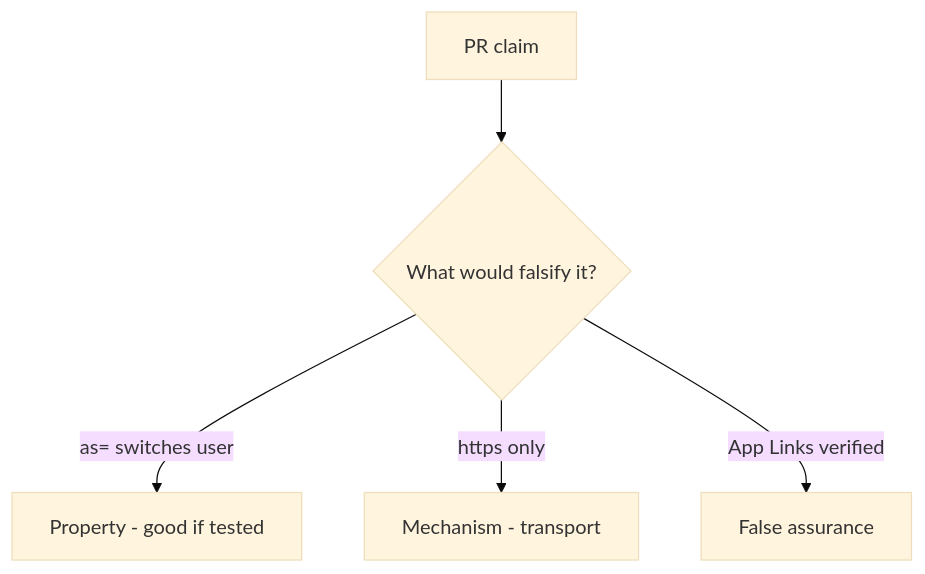
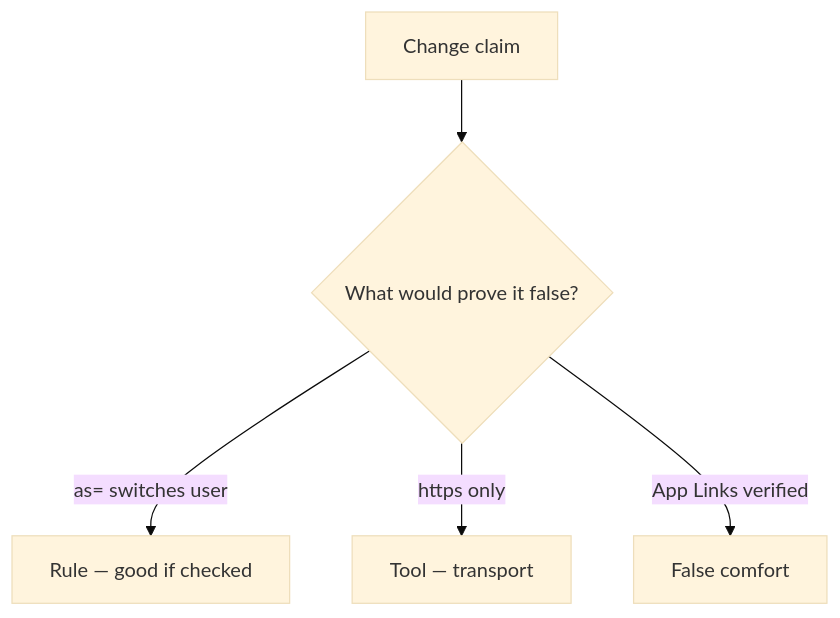
One commit to ishitvagoel/LearnSecurity changed the diagram in content/modules/8/8.3/lessons/08-review.md. Above: the diagram before and after it, drawn with Mermaid (base theme). The commit also changed other lines of this file and 39 other files, not shown here.

````diff
--- a/content/modules/8/8.3/lessons/08-review.md
+++ b/content/modules/8/8.3/lessons/08-review.md
@@ -17,7 +18,7 @@
 ```mermaid
 flowchart TD
-  Claim[PR claim] --> Q{"What would falsify it?"}
-  Q -->|as= switches user| Property["Property - good if tested"]
-  Q -->|https only| Mechanism[Mechanism - transport]
-  Q -->|App Links verified| False[False assurance]
+  Claim[Change claim] --> Q{"What would prove it false?"}
+  Q -->|as= switches user| Property["Rule — good if checked"]
+  Q -->|https only| Mechanism[Tool — transport]
+  Q -->|App Links verified| False[False comfort]
 ```
````
